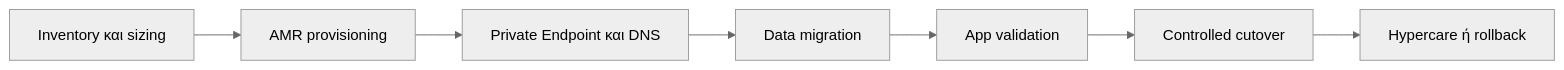
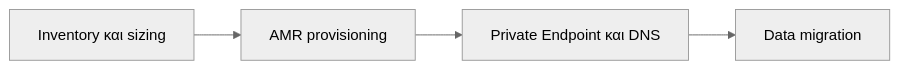
One commit to ddimitrakopoulos/azure-managed-redis changed the diagram in FINAL_SHORT.md. Above: the diagram before and after it, drawn with Mermaid (neutral theme).

````diff
--- a/FINAL_SHORT.md
+++ b/FINAL_SHORT.md
@@ -12,9 +12,6 @@
 ```mermaid
 flowchart LR
     A[Inventory και sizing] --> B[AMR provisioning]
     B --> C[Private Endpoint και DNS]
     C --> D[Data migration]
-    D --> E[App validation]
-    E --> F[Controlled cutover]
-    F --> G[Hypercare ή rollback]
 ```
````
